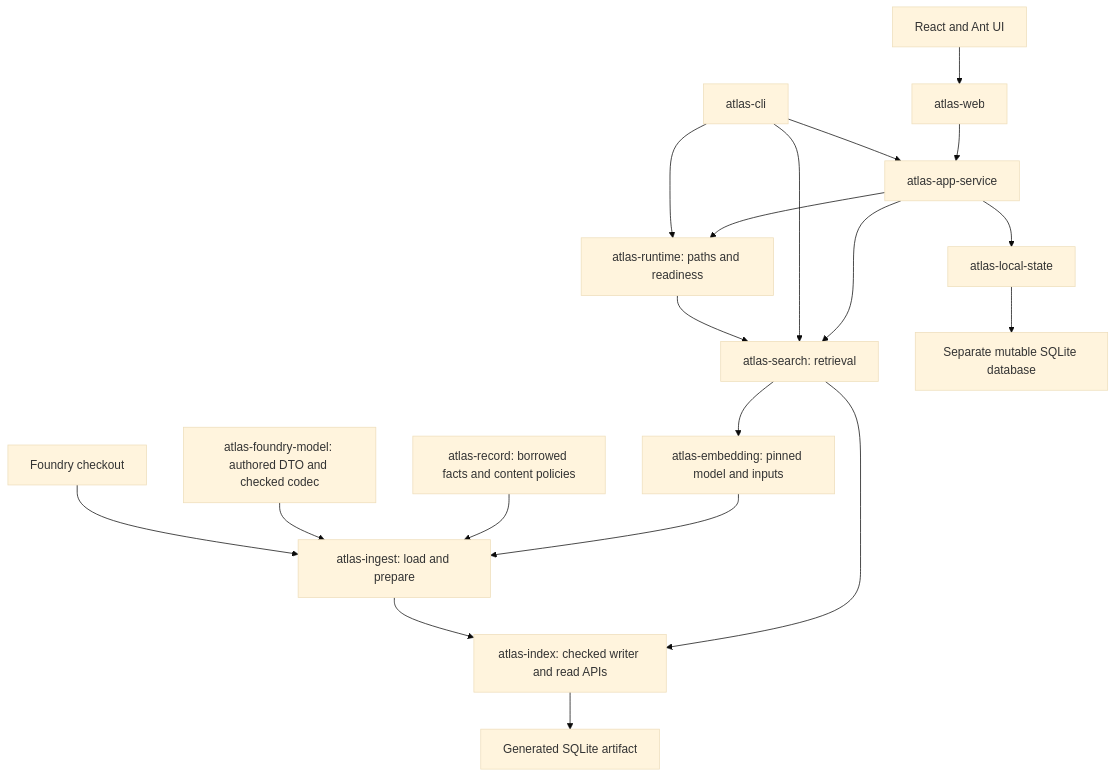
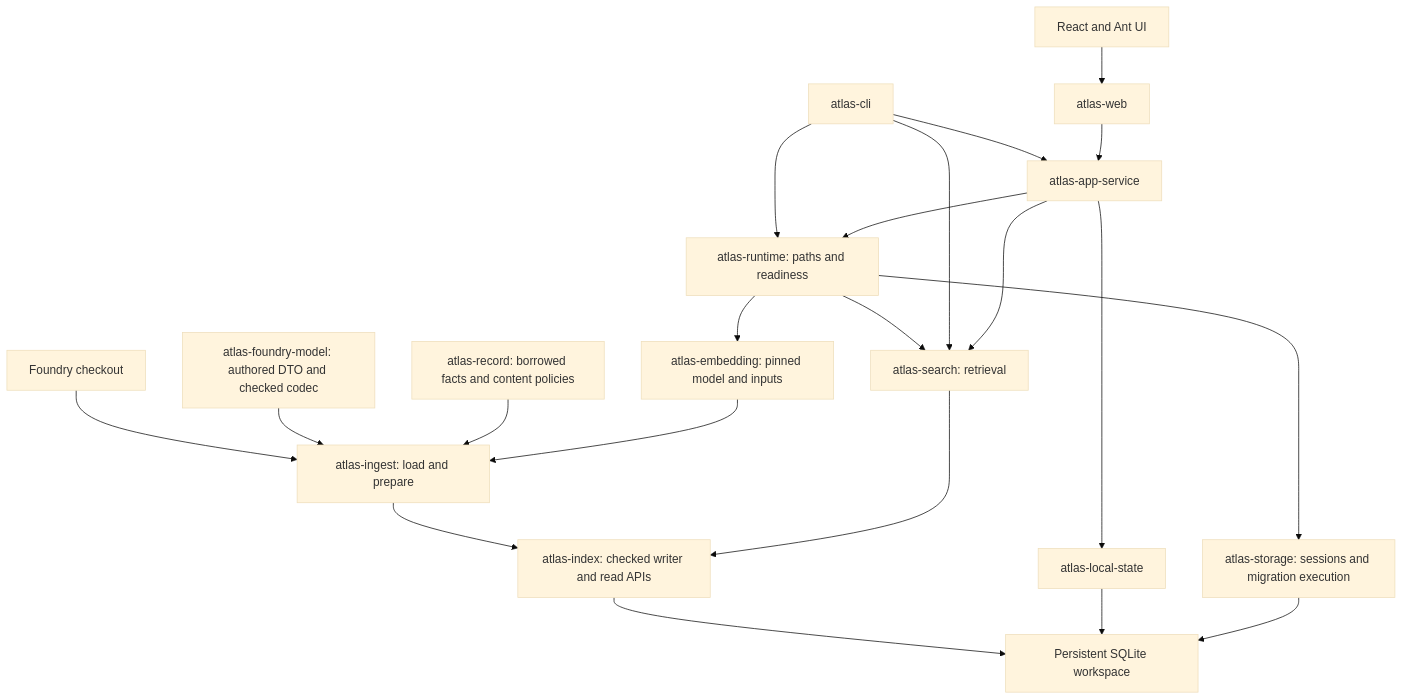
The diagram in docs/architecture/runtime.md (e-kosten/pf2e-atlas), drawn with Mermaid (base theme) before and after one commit. The commit also changed other lines of this file and 198 other files, not shown here.

First line of the commit message:
refactor(storage): unify reference and saved state in a persistent workspace

````diff
--- a/docs/architecture/runtime.md
+++ b/docs/architecture/runtime.md
@@ -8,21 +8,23 @@
 ```mermaid
 flowchart TD
     source[Foundry checkout] --> ingest[atlas-ingest: load and prepare]
     model[atlas-foundry-model: authored DTO and checked codec] --> ingest
     record[atlas-record: borrowed facts and content policies] --> ingest
     embedding[atlas-embedding: pinned model and inputs] --> ingest
     ingest --> index[atlas-index: checked writer and read APIs]
-    index --> artifact[Generated SQLite artifact]
+    index --> artifact[Persistent SQLite workspace]
     runtime[atlas-runtime: paths and readiness] --> search[atlas-search: retrieval]
     search --> index
-    search --> embedding
+    runtime --> embedding
     cli[atlas-cli] --> runtime
     cli --> search
     cli --> app[atlas-app-service]
     web[atlas-web] --> app
     app --> runtime
     app --> search
     app --> local[atlas-local-state]
-    local --> state[Separate mutable SQLite database]
+    local --> artifact
+    runtime --> storage[atlas-storage: sessions and migration execution]
+    storage --> artifact
     browser[React and Ant UI] --> web
 ```
````
